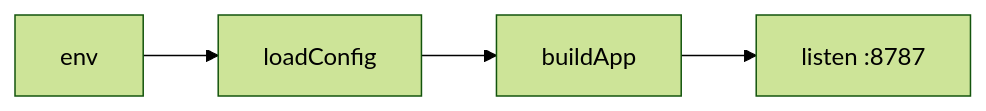
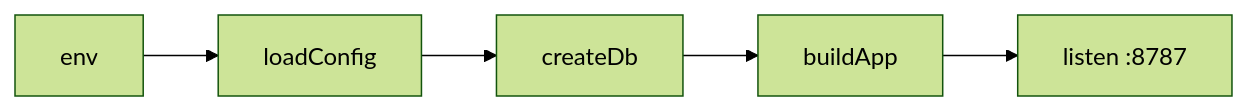
The diagram in apps/api/src/index.ts.md (AzamatRaimbekov2/openCreate), drawn with Mermaid (forest theme) before and after one commit. The commit also changed other lines of this file and 18 other files, not shown here.

Commit message:
feat(api): drizzle schema + sqlite bootstrap DDL

````diff
--- a/apps/api/src/index.ts.md
+++ b/apps/api/src/index.ts.md
@@ -19,4 +19,4 @@
 ```mermaid
 flowchart LR
-  ENV[env] --> LC[loadConfig] --> BA[buildApp] --> L[listen :8787]
+  ENV[env] --> LC[loadConfig] --> DB[createDb] --> BA[buildApp] --> L[listen :8787]
 ```
````
